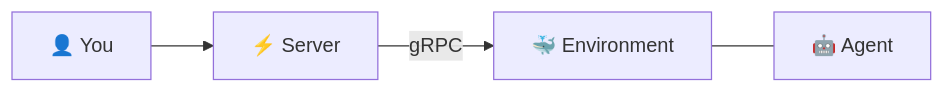
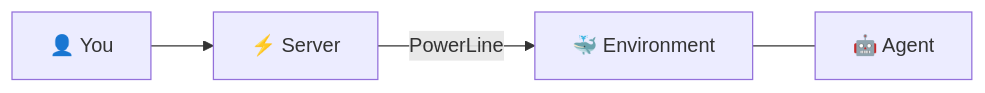
One commit to nick-pape/grackle changed the first of 5 diagrams in README.md. Above: the diagram before and after it, drawn with Mermaid.

Commit message:
Reference PowerLine instead of gRPC in remote control diagram

````diff
--- a/README.md
+++ b/README.md
@@ -25,6 +25,6 @@
 ```mermaid
 graph LR
     You["👤 You"] --> S["⚡ Server"]
-    S -- gRPC --> E["🐳 Environment"]
+    S -- PowerLine --> E["🐳 Environment"]
     E --- A["🤖 Agent"]
 ```
````
